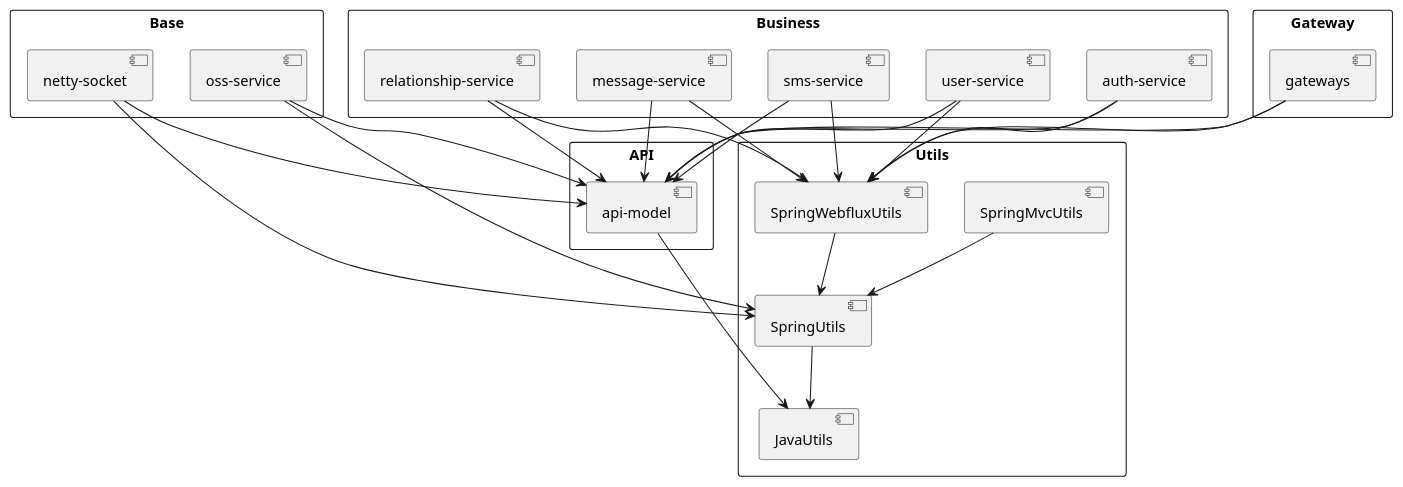
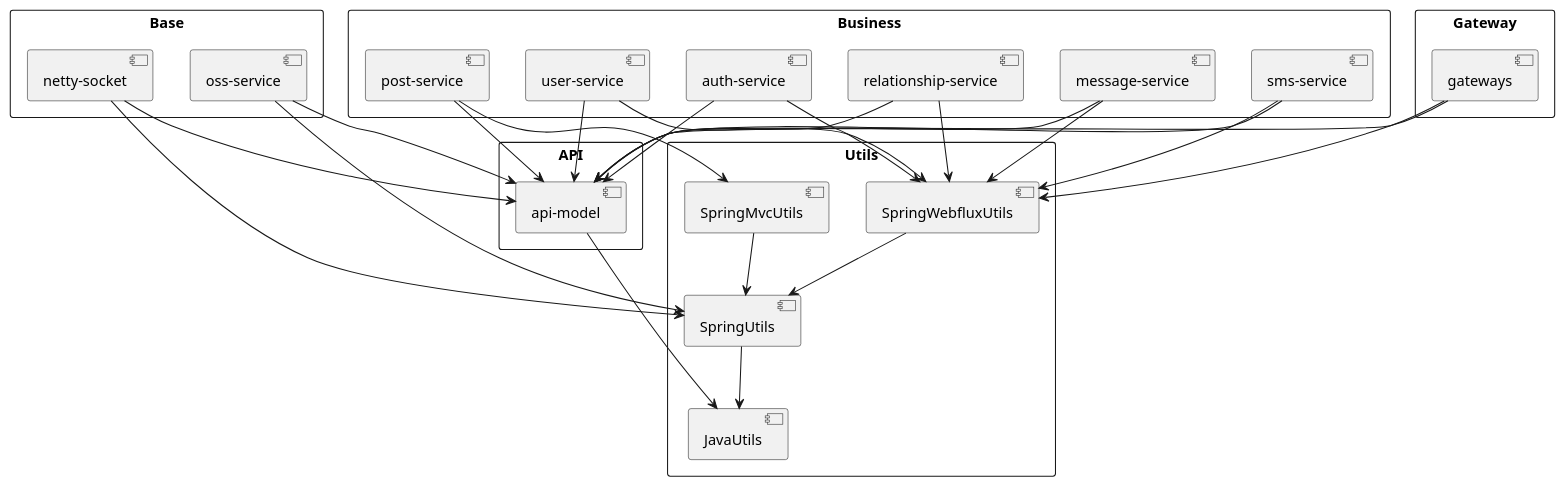
Before and after one commit to nangong918/SmartMedicine-App: the diagram in spring-server/docs/maven依赖树.puml, drawn with PlantUML. The commit also changed 13 other files, not shown here.

First line of the commit message:
feat(post-service): 实现帖子发布功能

```diff
--- a/spring-server/docs/maven依赖树.puml
+++ b/spring-server/docs/maven依赖树.puml
@@ -1,59 +1,63 @@
 @startuml
 skinparam packageStyle rectangle
 
 package "Utils" {
     [JavaUtils]
     [SpringUtils]
     [SpringMvcUtils]
     [SpringWebfluxUtils]
 
     [SpringUtils] --> [JavaUtils]
     [SpringMvcUtils] --> [SpringUtils]
     [SpringWebfluxUtils] --> [SpringUtils]
 }
 
 package "API" {
     [api-model]
     [api-model] --> [JavaUtils]
 }
 
 package "Gateway" {
     [gateways]
     [gateways] --> [SpringWebfluxUtils]
     [gateways] --> [api-model]
 }
 
 package "Base" {
     [netty-socket]
     [oss-service]
 
     [netty-socket] --> [SpringUtils]
     [netty-socket] --> [api-model]
     [oss-service] --> [SpringUtils]
     [oss-service] --> [api-model]
 }
 
 package "Business" {
     [auth-service]
     [user-service]
     [sms-service]
     [message-service]
     [relationship-service]
+    [post-service]
 
     [auth-service] --> [SpringWebfluxUtils]
     [auth-service] --> [api-model]
 
     [user-service] --> [SpringWebfluxUtils]
     [user-service] --> [api-model]
 
     [sms-service] --> [SpringWebfluxUtils]
     [sms-service] --> [api-model]
 
     [message-service] --> [SpringWebfluxUtils]
     [message-service] --> [api-model]
 
     [relationship-service] --> [SpringWebfluxUtils]
     [relationship-service] --> [api-model]
+
+    [post-service] --> [SpringMvcUtils]
+    [post-service] --> [api-model]
 }
 
 @enduml
```
